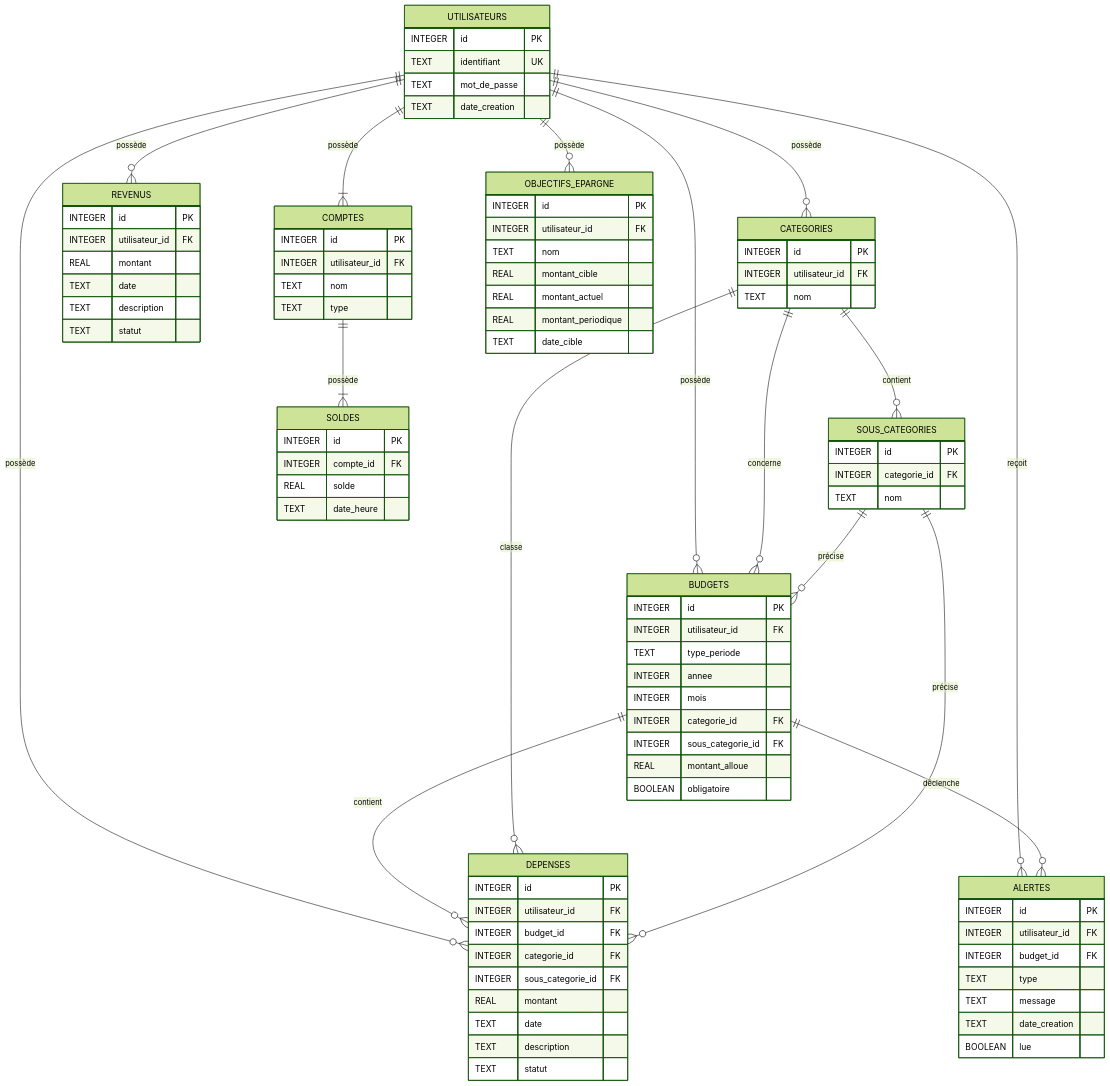
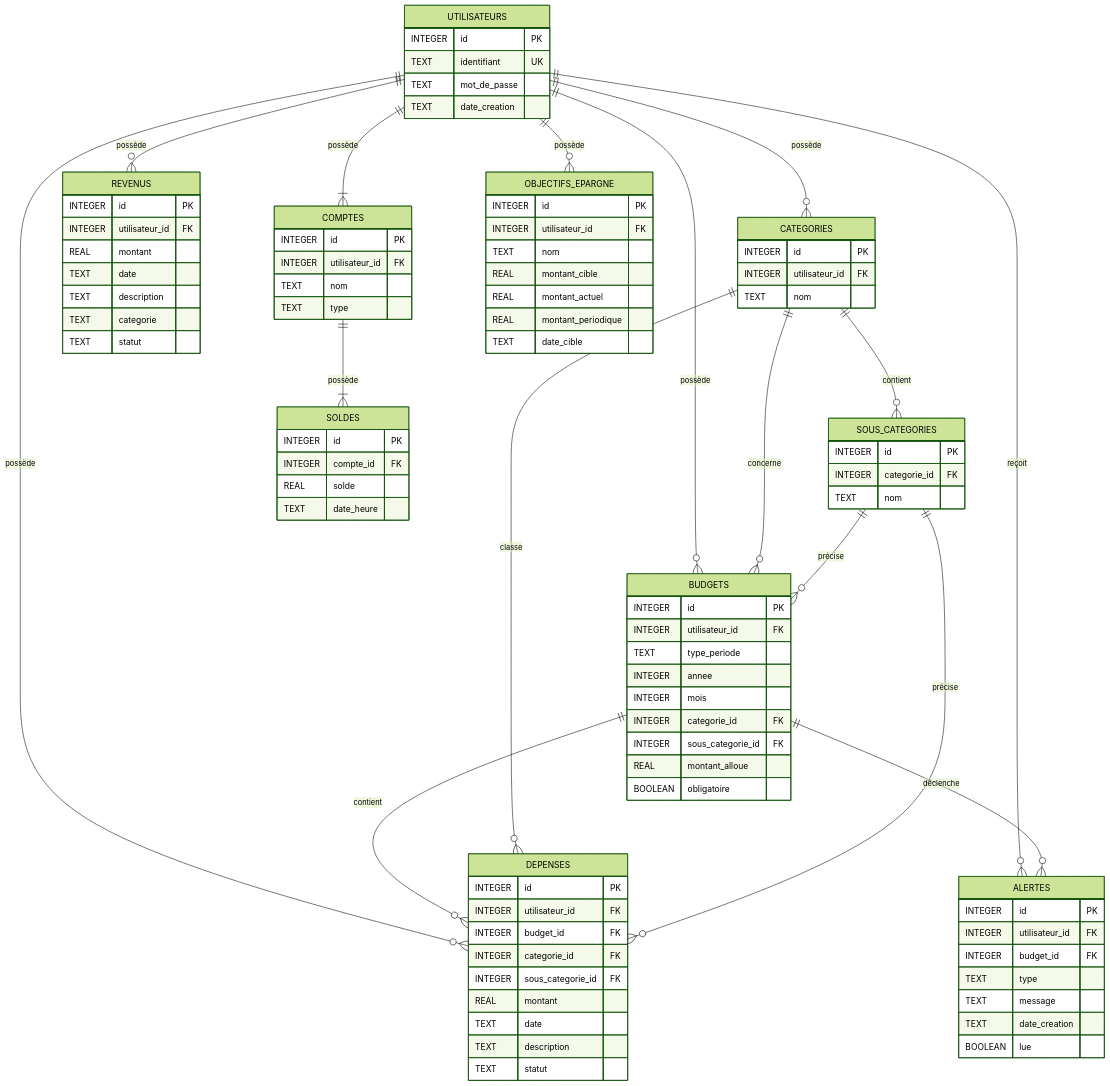
The diagram in docs/schéma_bdd.md (TheMuliama/plannification_budgetaire), drawn with Mermaid (forest theme) before and after one commit. The commit also changed 12 other files, not shown here.

```diff
--- a/docs/schéma_bdd.md
+++ b/docs/schéma_bdd.md
@@ -38,6 +38,7 @@
         REAL montant
         TEXT date
         TEXT description
+        TEXT categorie
         TEXT statut
     }
 
```
